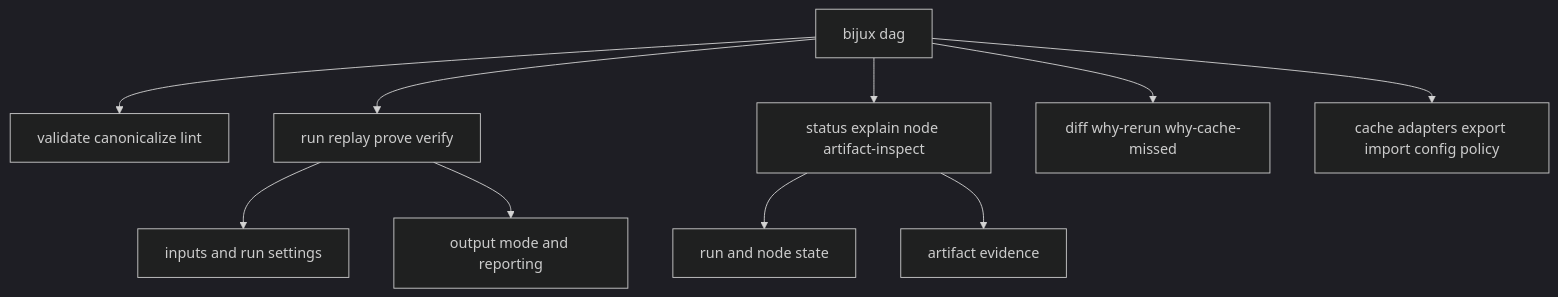
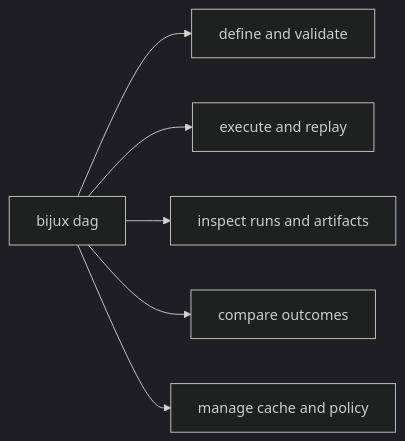
Before and after one commit to bijux/bijux-cli: the diagram in docs/bijux-dag/interfaces/cli-surface.md, drawn with Mermaid (dark theme). The commit also changed other lines of this file, not shown here.

Commit message:
docs(dag-interfaces): clarify the cli surface

````diff
--- a/docs/bijux-dag/interfaces/cli-surface.md
+++ b/docs/bijux-dag/interfaces/cli-surface.md
@@ -18,14 +21,8 @@
 ```mermaid
-flowchart TD
-    dag[bijux dag]
-    dag --> validate[validate canonicalize lint]
-    dag --> execute[run replay prove verify]
-    dag --> inspect[status explain node artifact-inspect]
-    dag --> compare[diff why-rerun why-cache-missed]
-    dag --> ops[cache adapters export import config policy]
-
-    execute --> inputs[inputs and run settings]
-    execute --> output_mode[output mode and reporting]
-    inspect --> run_state[run and node state]
-    inspect --> artifacts[artifact evidence]
+flowchart LR
+    dag["bijux dag"] --> define["define and validate"]
+    dag --> execute["execute and replay"]
+    dag --> inspect["inspect runs and artifacts"]
+    dag --> compare["compare outcomes"]
+    dag --> operate["manage cache and policy"]
 ```
````
